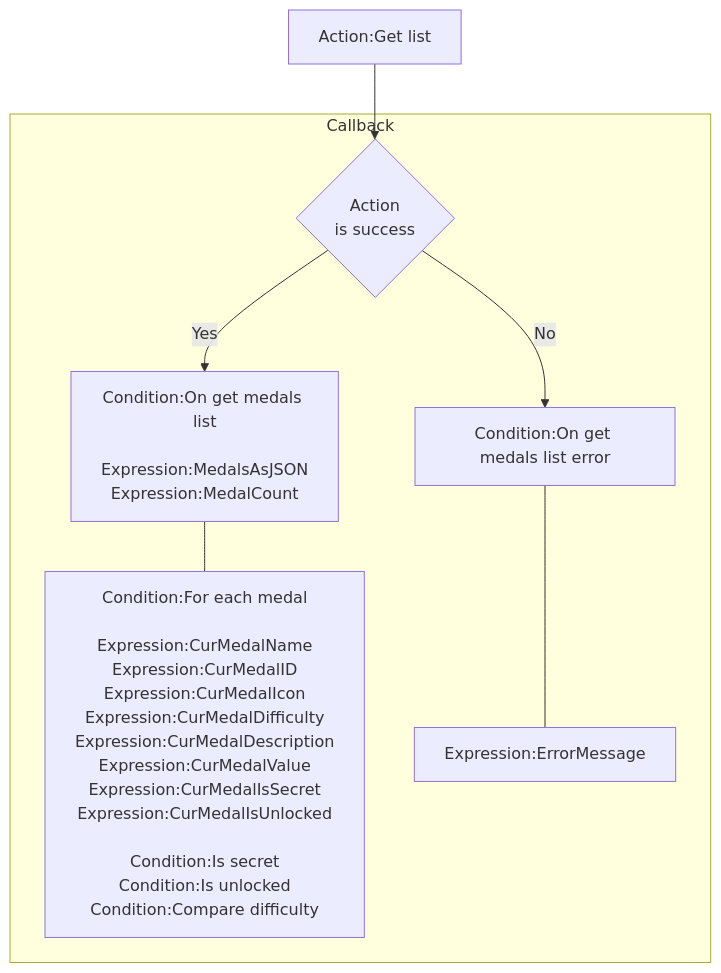
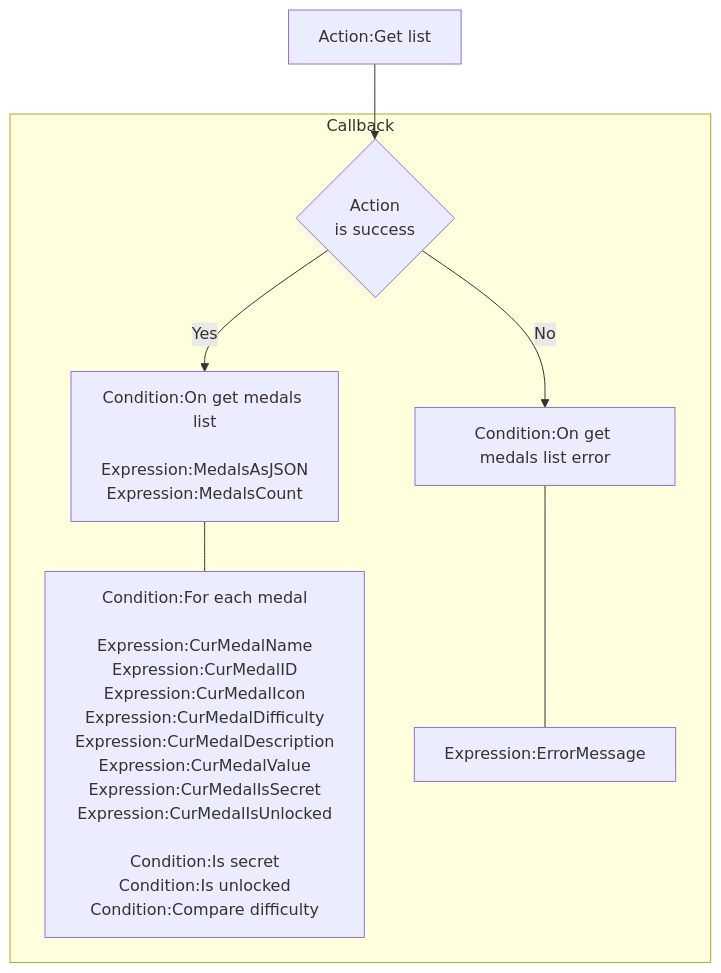
Before and after one commit to rexrainbow/C2RexDoc: the first of 2 diagrams in plugins.md/rex_ngio_medal.md, drawn with Mermaid. The commit also changed other lines of this file and 7 other files, not shown here.

````diff
--- a/plugins.md/rex_ngio_medal.md
+++ b/plugins.md/rex_ngio_medal.md
@@ -36,13 +36,13 @@
 ```mermaid
 graph TB
 
 Action["Action:Get list"] --> ActionIsSuccess
 
 subgraph Callback
-ActionIsSuccess{Action<br>is success} --> |Yes| CondOnSuccess["Condition:On get medals list<br> <br>Expression:MedalsAsJSON<br>Expression:MedalCount"]
+ActionIsSuccess{Action<br>is success} --> |Yes| CondOnSuccess["Condition:On get medals list<br> <br>Expression:MedalsAsJSON<br>Expression:MedalsCount"]
 ActionIsSuccess --> |No| CondOnError["Condition:On get medals list error"]
 CondOnSuccess --- CondForEachMedal["Condition:For each medal<br> <br>Expression:CurMedalName<br>Expression:CurMedalID<br>Expression:CurMedalIcon<br>Expression:CurMedalDifficulty<br>Expression:CurMedalDescription<br>Expression:CurMedalValue<br>Expression:CurMedalIsSecret<br>Expression:CurMedalIsUnlocked<br> <br>Condition:Is secret<br>Condition:Is unlocked<br>Condition:Compare difficulty"]
 CondOnError --- ExpError["Expression:ErrorMessage"]
 
 end
 ```
````
